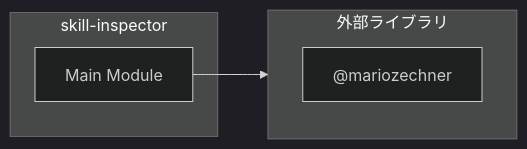
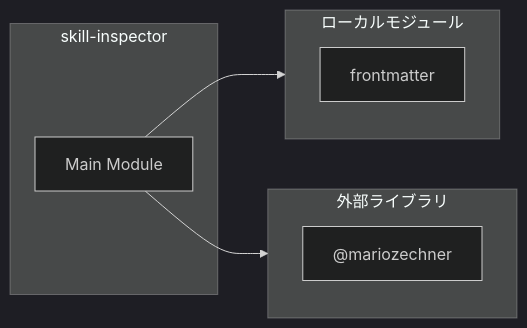
One commit to Mekann2904/mekann changed the second of 2 diagrams in ABDD/.pi/extensions/skill-inspector.md. Above: the diagram before and after it, drawn with Mermaid (dark theme). The commit also changed other lines of this file and 205 other files, not shown here.

````diff
--- a/ABDD/.pi/extensions/skill-inspector.md
+++ b/ABDD/.pi/extensions/skill-inspector.md
@@ -137,11 +76,14 @@
 ```mermaid
 flowchart LR
   subgraph this[skill-inspector]
     main[Main Module]
   end
+  subgraph local[ローカルモジュール]
+    frontmatter["frontmatter"]
+  end
+  main --> local
   subgraph external[外部ライブラリ]
-    _mariozechner["@mariozechner"]
     _mariozechner["@mariozechner"]
   end
   main --> external
 ```
````
